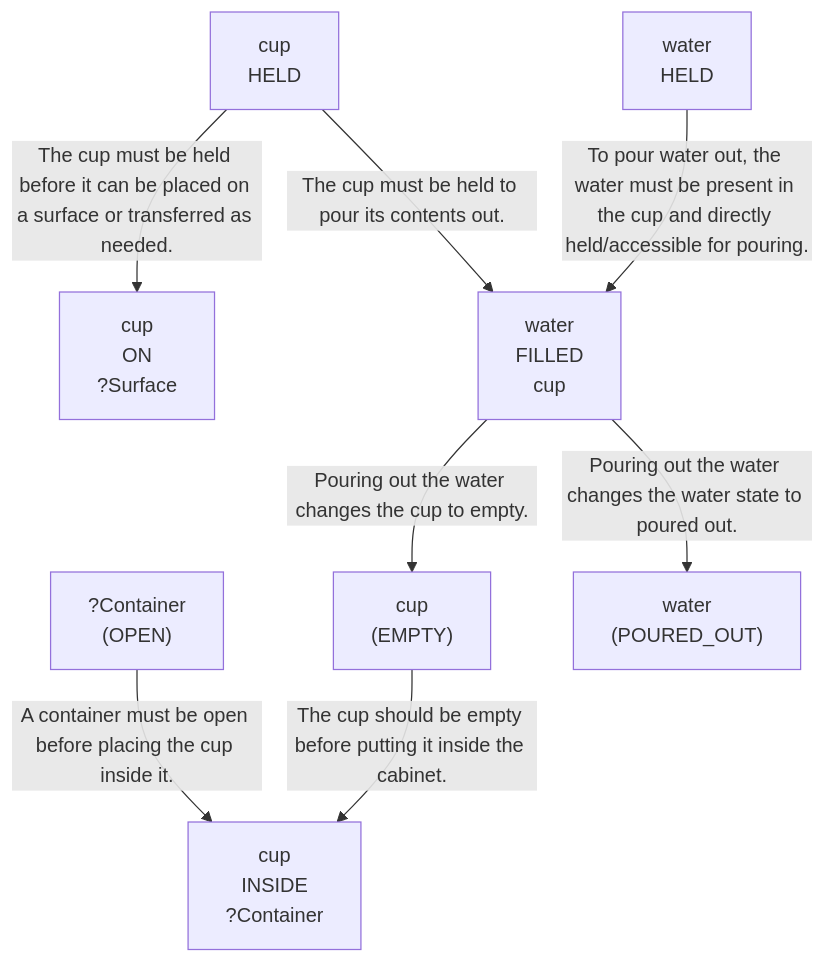
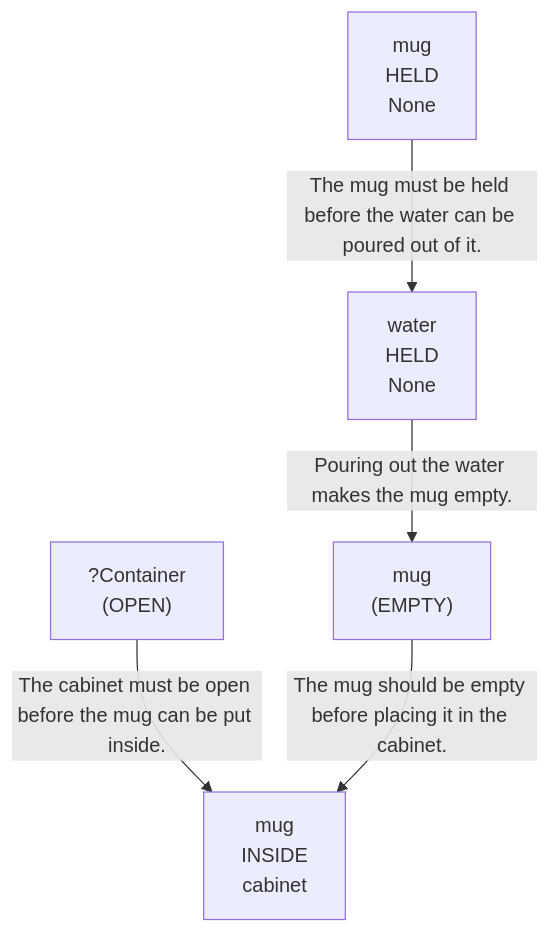
One commit to scuama/virtualhome changed the first of 3 diagrams in evaluation/results/table3/robostate/runs/without_goal_reasoning/G1_05/run_T3_without_goal_reasoning_G1_05.md. Above: the diagram before and after it, drawn with Mermaid. The commit also changed other lines of this file and 507 other files, not shown here.

````diff
--- a/evaluation/results/table3/robostate/runs/without_goal_reasoning/G1_05/run_T3_without_goal_reasoning_G1_05.md
+++ b/evaluation/results/table3/robostate/runs/without_goal_reasoning/G1_05/run_T3_without_goal_reasoning_G1_05.md
@@ -32,18 +32,12 @@
 ```mermaid
 graph TD
-    N1["cup<br>INSIDE<br>?Container"]
-    N2["?Container<br>(OPEN)"]
-    N3["cup<br>ON<br>?Surface"]
-    N4["cup<br>HELD<br>"]
-    N5["water<br>HELD<br>"]
-    N6["water<br>FILLED<br>cup"]
-    N7["cup<br>(EMPTY)"]
-    N8["water<br>(POURED_OUT)"]
-    N2 -->|"A container must be open before placing the cup inside it."| N1
-    N4 -->|"The cup must be held before it can be placed on a surface or transferred as needed."| N3
-    N5 -->|"To pour water out, the water must be present in the cup and directly held/accessible for pouring."| N6
-    N6 -->|"Pouring out the water changes the cup to empty."| N7
-    N6 -->|"Pouring out the water changes the water state to poured out."| N8
-    N4 -->|"The cup must be held to pour its contents out."| N6
-    N7 -->|"The cup should be empty before putting it inside the cabinet."| N1
+    N1["mug<br>HELD<br>None"]
+    N2["water<br>HELD<br>None"]
+    N3["mug<br>(EMPTY)"]
+    N4["mug<br>INSIDE<br>cabinet"]
+    N5["?Container<br>(OPEN)"]
+    N1 -->|"The mug must be held before the water can be poured out of it."| N2
+    N2 -->|"Pouring out the water makes the mug empty."| N3
+    N5 -->|"The cabinet must be open before the mug can be put inside."| N4
+    N3 -->|"The mug should be empty before placing it in the cabinet."| N4
 ```
````
